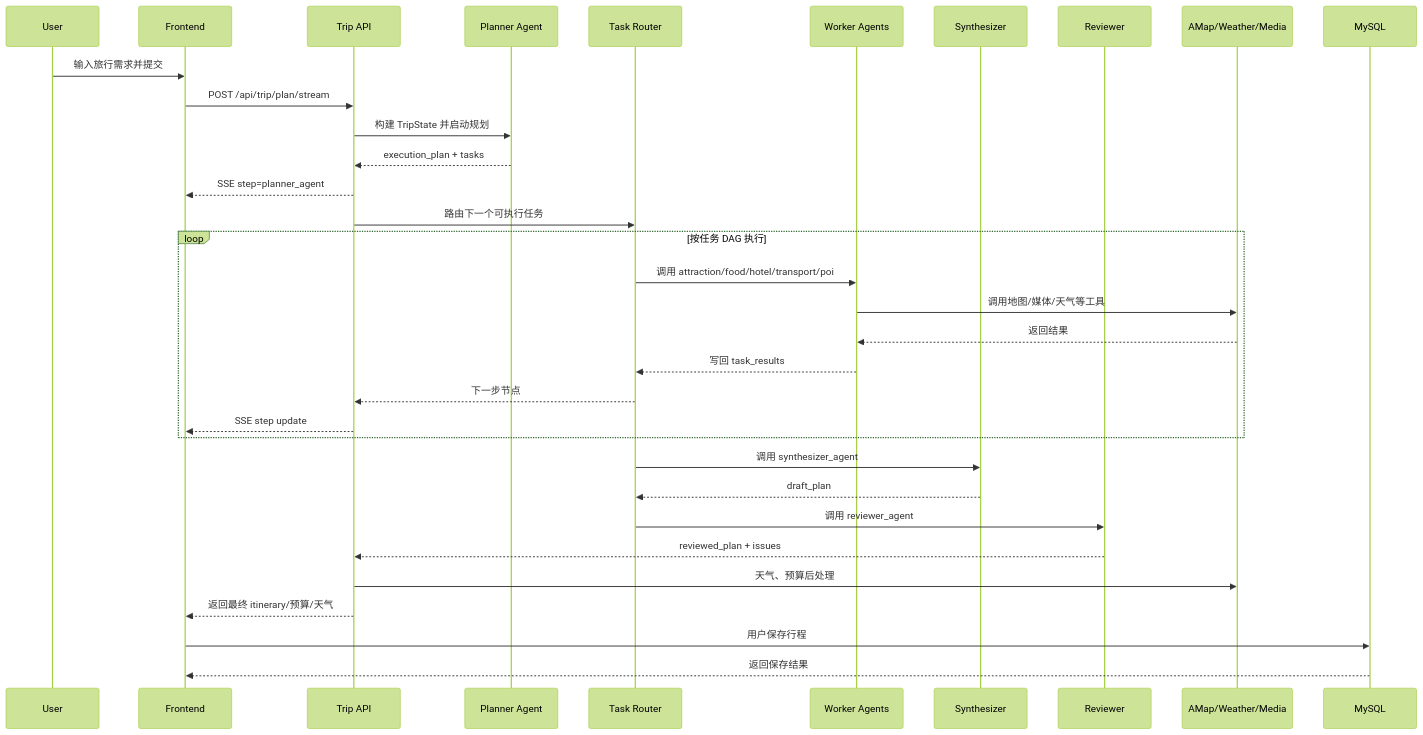
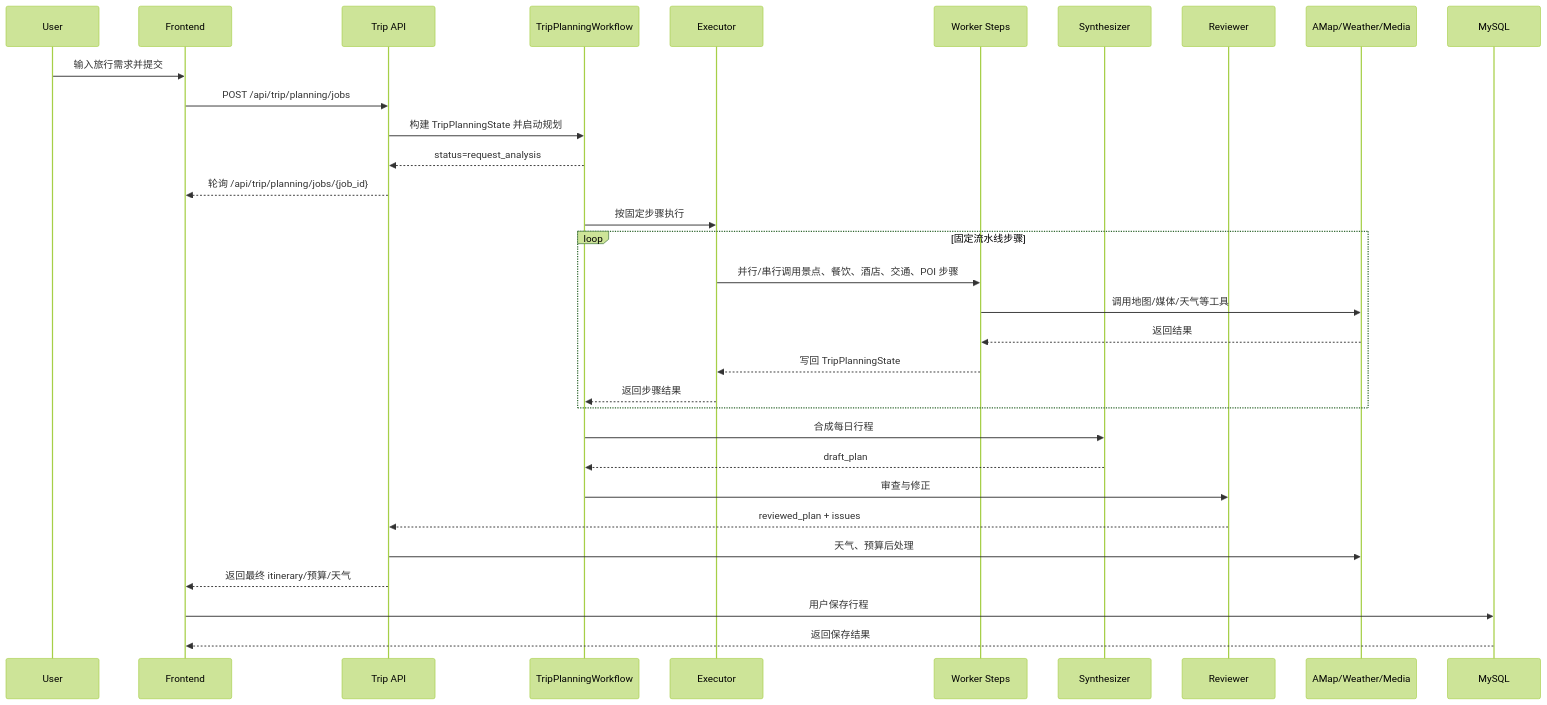
The second of 8 diagrams in doc/product-requirements-and-architecture.md (xg-debug/ai-travel-planner), drawn with Mermaid (forest theme) before and after one commit. The commit also changed other lines of this file and 151 other files, not shown here.

````diff
--- a/doc/product-requirements-and-architecture.md
+++ b/doc/product-requirements-and-architecture.md
@@ -154,36 +154,35 @@
 ```mermaid
 sequenceDiagram
     participant U as User
     participant FE as Frontend
     participant API as Trip API
-    participant PL as Planner Agent
-    participant RT as Task Router
-    participant WK as Worker Agents
+    participant PL as TripPlanningWorkflow
+    participant EX as Executor
+    participant WK as Worker Steps
     participant SY as Synthesizer
     participant RV as Reviewer
     participant EXT as AMap/Weather/Media
     participant DB as MySQL
 
     U->>FE: 输入旅行需求并提交
-    FE->>API: POST /api/trip/plan/stream
-    API->>PL: 构建 TripState 并启动规划
-    PL-->>API: execution_plan + tasks
-    API-->>FE: SSE step=planner_agent
-    API->>RT: 路由下一个可执行任务
-    loop 按任务 DAG 执行
-        RT->>WK: 调用 attraction/food/hotel/transport/poi
+    FE->>API: POST /api/trip/planning/jobs
+    API->>PL: 构建 TripPlanningState 并启动规划
+    PL-->>API: status=request_analysis
+    API-->>FE: 轮询 /api/trip/planning/jobs/{job_id}
+    PL->>EX: 按固定步骤执行
+    loop 固定流水线步骤
+        EX->>WK: 并行/串行调用景点、餐饮、酒店、交通、POI 步骤
         WK->>EXT: 调用地图/媒体/天气等工具
         EXT-->>WK: 返回结果
-        WK-->>RT: 写回 task_results
-        RT-->>API: 下一步节点
-        API-->>FE: SSE step update
+        WK-->>EX: 写回 TripPlanningState
+        EX-->>PL: 返回步骤结果
     end
-    RT->>SY: 调用 synthesizer_agent
-    SY-->>RT: draft_plan
-    RT->>RV: 调用 reviewer_agent
+    PL->>SY: 合成每日行程
+    SY-->>PL: draft_plan
+    PL->>RV: 审查与修正
     RV-->>API: reviewed_plan + issues
     API->>EXT: 天气、预算后处理
     API-->>FE: 返回最终 itinerary/预算/天气
     FE->>DB: 用户保存行程
     DB-->>FE: 返回保存结果
 ```
````
